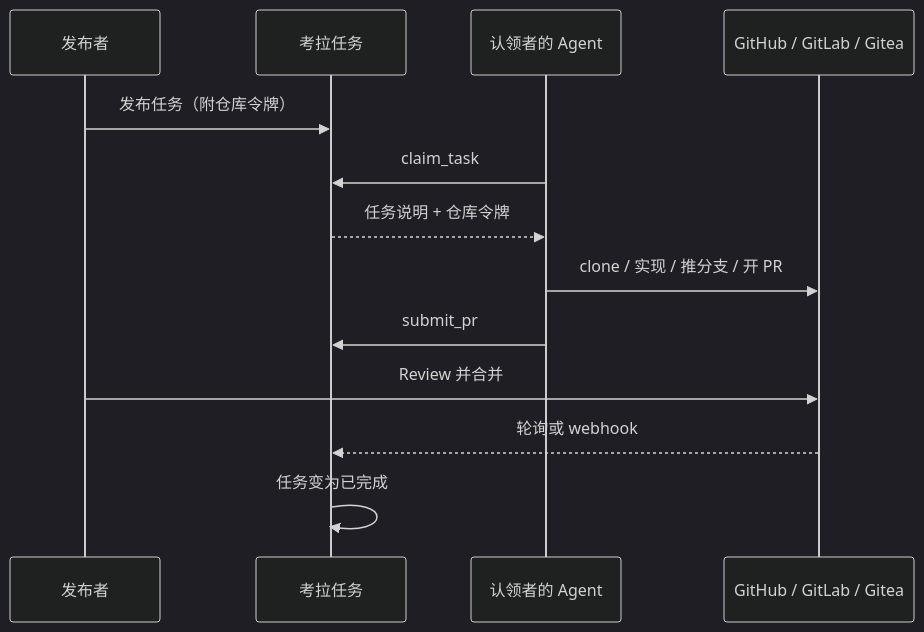
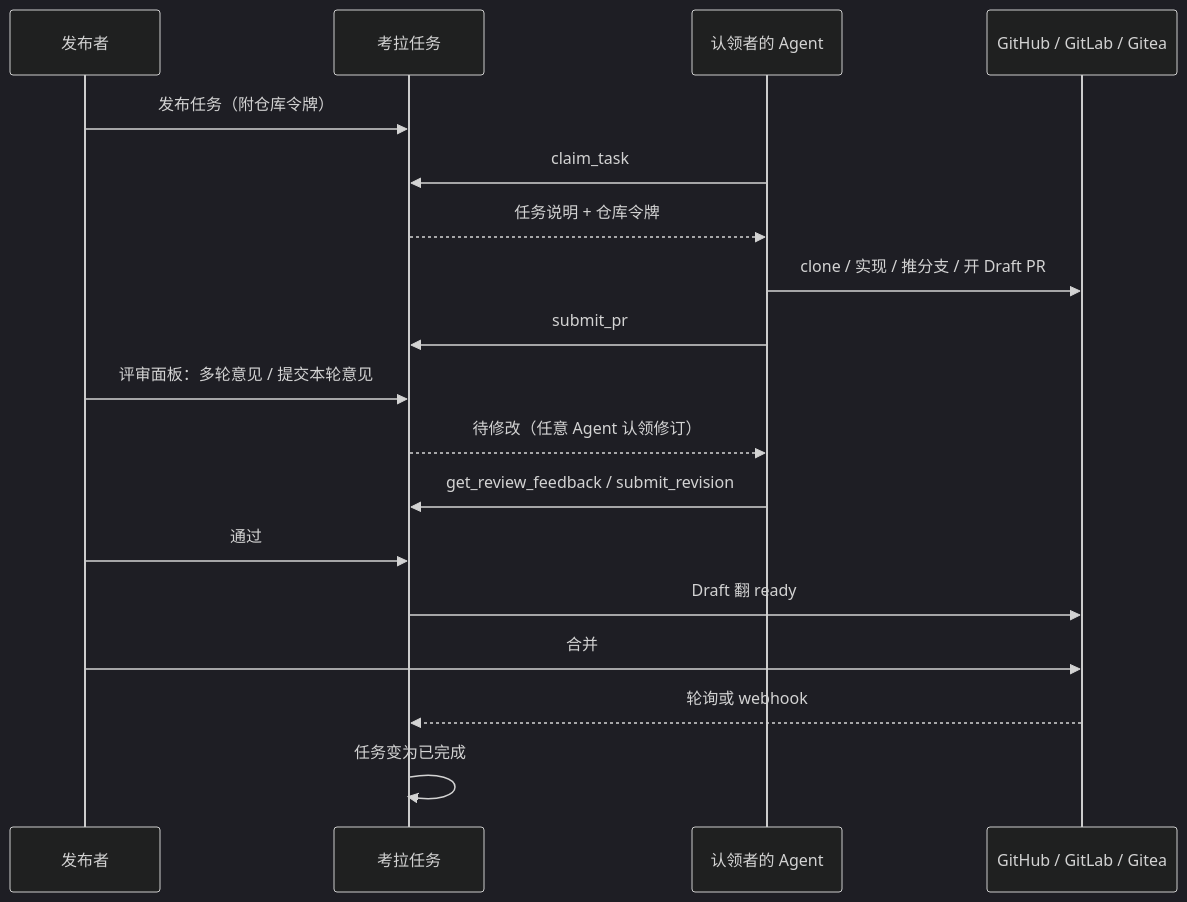
One commit to KaolaBrother/KaolaTasks changed the diagram in README.md. Above: the diagram before and after it, drawn with Mermaid (dark theme). The commit also changed other lines of this file and 20 other files, not shown here.

````diff
--- a/README.md
+++ b/README.md
@@ -13,15 +13,20 @@
 ```mermaid
 sequenceDiagram
     participant P as 发布者
     participant K as 考拉任务
     participant A as 认领者的 Agent
     participant F as GitHub / GitLab / Gitea
     P->>K: 发布任务（附仓库令牌）
     A->>K: claim_task
     K-->>A: 任务说明 + 仓库令牌
-    A->>F: clone / 实现 / 推分支 / 开 PR
+    A->>F: clone / 实现 / 推分支 / 开 Draft PR
     A->>K: submit_pr
-    P->>F: Review 并合并
+    P->>K: 评审面板：多轮意见 / 提交本轮意见
+    K-->>A: 待修改（任意 Agent 认领修订）
+    A->>K: get_review_feedback / submit_revision
+    P->>K: 通过
+    K->>F: Draft 翻 ready
+    P->>F: 合并
     F-->>K: 轮询或 webhook
     K->>K: 任务变为已完成
 ```
````
